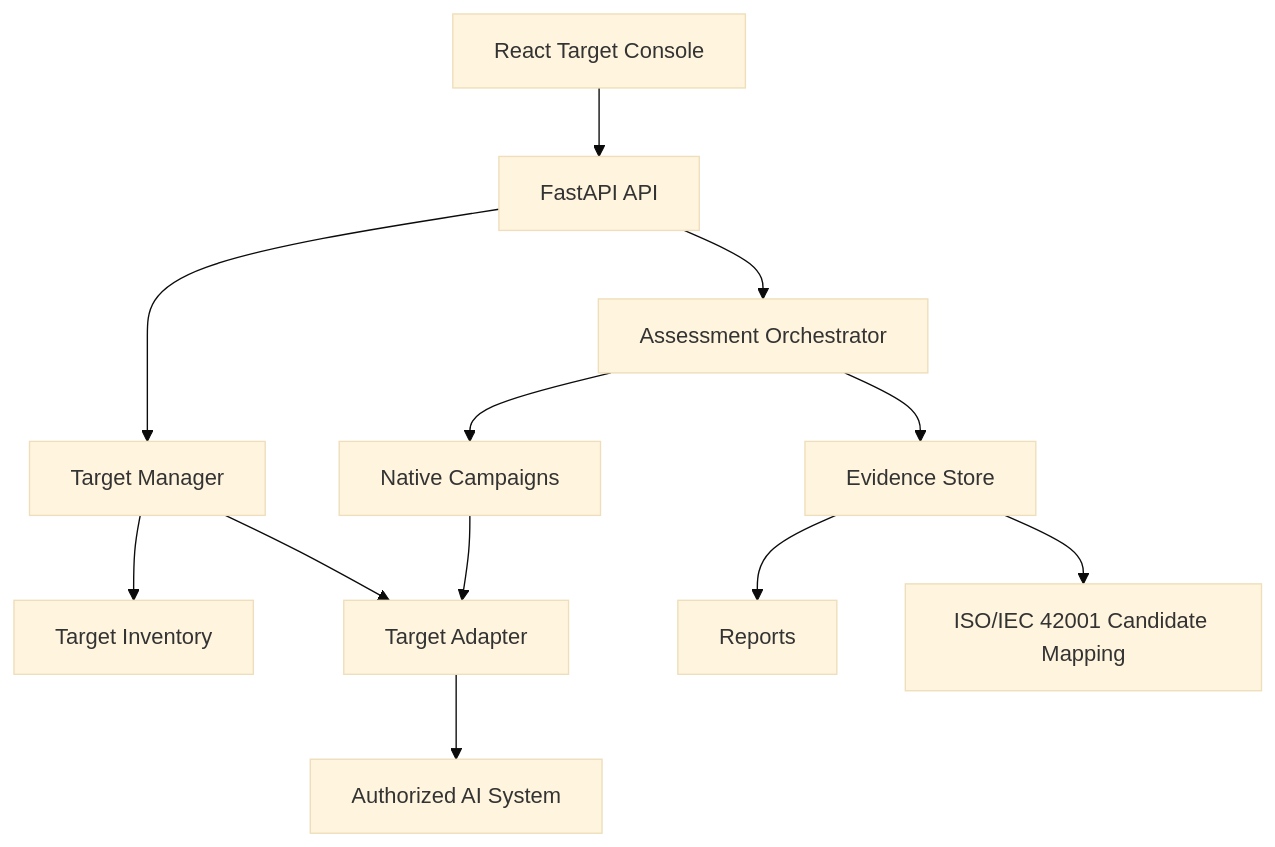
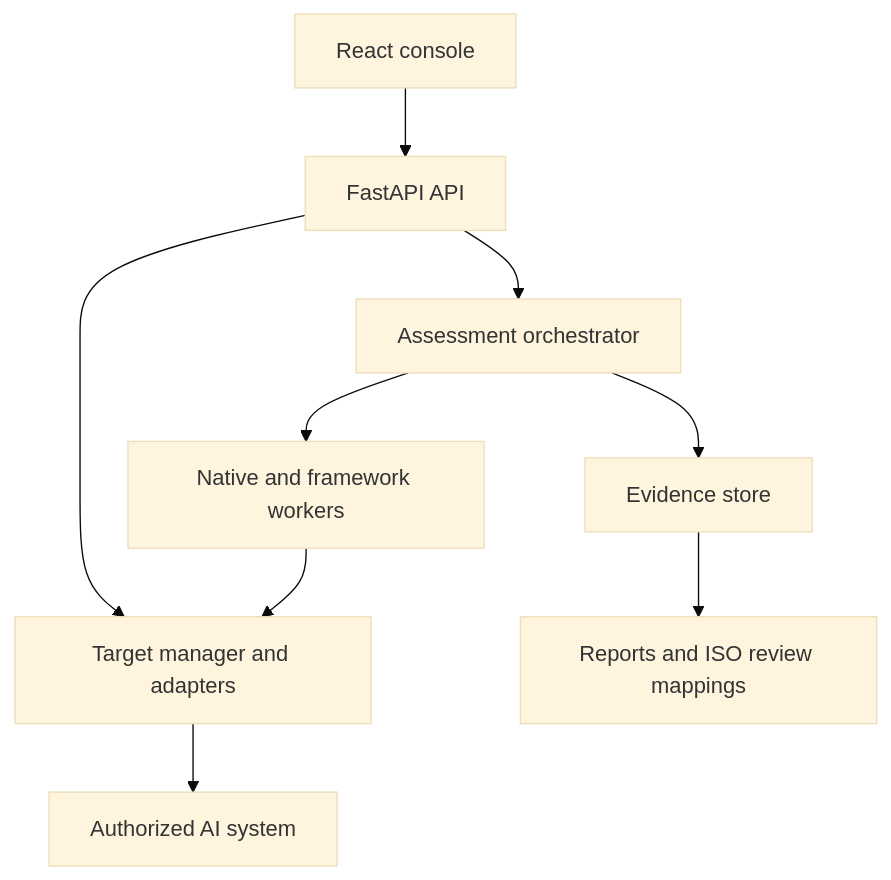
Before and after one commit to xorai-sec/AI-Security-Assessment-Platform: the diagram in README.md, drawn with Mermaid (base theme).

Commit message:
docs: add validated release-ready project documentation

````diff
--- a/README.md
+++ b/README.md
@@ -23,14 +23,11 @@
 ```mermaid
-flowchart TD
-    Web["React Target Console"] --> API["FastAPI API"]
-    API --> TM["Target Manager"]
-    TM --> Inventory["Target Inventory"]
-    TM --> Adapter["Target Adapter"]
-    Adapter --> Target["Authorized AI System"]
-    API --> Orch["Assessment Orchestrator"]
-    Orch --> Native["Native Campaigns"]
-    Native --> Adapter
-    Orch --> Evidence["Evidence Store"]
-    Evidence --> Reports["Reports"]
-    Evidence --> ISO["ISO/IEC 42001 Candidate Mapping"]
+graph TD
+    WEB[React console] --> API[FastAPI API]
+    API --> TARGETS[Target manager and adapters]
+    TARGETS --> TARGET[Authorized AI system]
+    API --> ORCH[Assessment orchestrator]
+    ORCH --> WORKERS[Native and framework workers]
+    WORKERS --> TARGETS
+    ORCH --> EVIDENCE[Evidence store]
+    EVIDENCE --> REPORTS[Reports and ISO review mappings]
 ```
````
